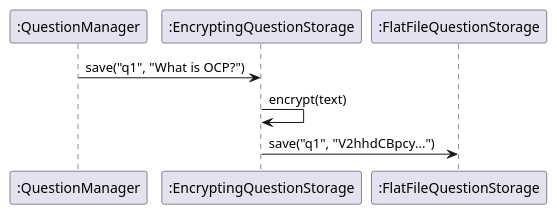
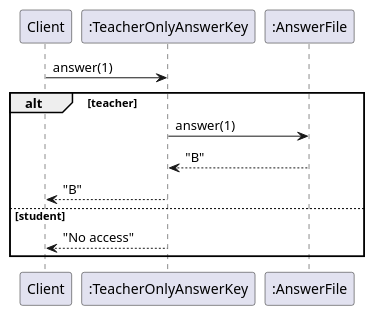
The second of 7 diagrams in app/patterns/_sections/proxy.mdx (HAN-Craftsmanship-KL-JJG/oose-study), drawn with PlantUML before and after one commit. The commit also changed other lines of this file and 7 other files, not shown here.

````diff
--- a/app/patterns/_sections/proxy.mdx
+++ b/app/patterns/_sections/proxy.mdx
@@ -32,8 +31,13 @@
 ```plantuml
-participant ":QuestionManager" as V
-participant ":EncryptingQuestionStorage" as P
-participant ":FlatFileQuestionStorage" as F
-V -> P : save("q1", "What is OCP?")
-P -> P : encrypt(text)
-P -> F : save("q1", "V2hhdCBpcy...")
+participant "Client" as C
+participant ":TeacherOnlyAnswerKey" as P
+participant ":AnswerFile" as A
+C -> P : answer(1)
+alt teacher
+  P -> A : answer(1)
+  A --> P : "B"
+  P --> C : "B"
+else student
+  P --> C : "No access"
+end
 ```
````
